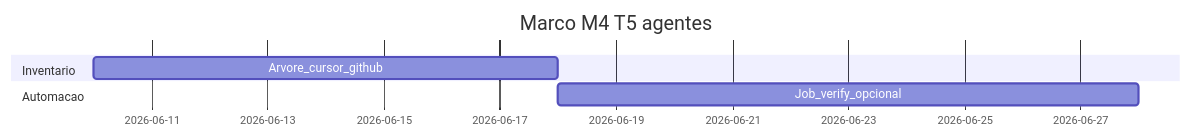
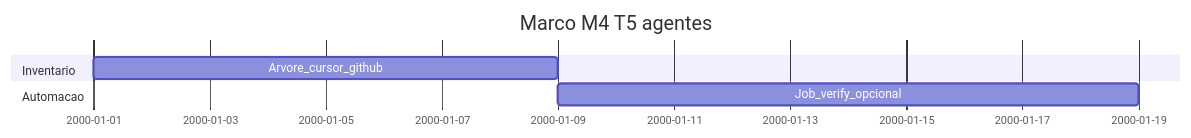
The second of 2 diagrams in docs/distribution-milestones/m4-channel-t5-agents.md (Malnati/eslint-hardcode-detect-plugin), drawn with Mermaid before and after one commit. The commit also changed other lines of this file and 10 other files, not shown here.

````diff
--- a/docs/distribution-milestones/m4-channel-t5-agents.md
+++ b/docs/distribution-milestones/m4-channel-t5-agents.md
@@ -55,9 +59,9 @@
 ```mermaid
 gantt
   title Marco M4 T5 agentes
   dateFormat YYYY-MM-DD
   section Inventario
-  Arvore_cursor_github :m4a, 2026-06-10, 8d
+  Arvore_cursor_github :m4a, 2000-01-01, 8d
   section Automacao
   Job_verify_opcional :m4b, after m4a, 10d
 ```
````
